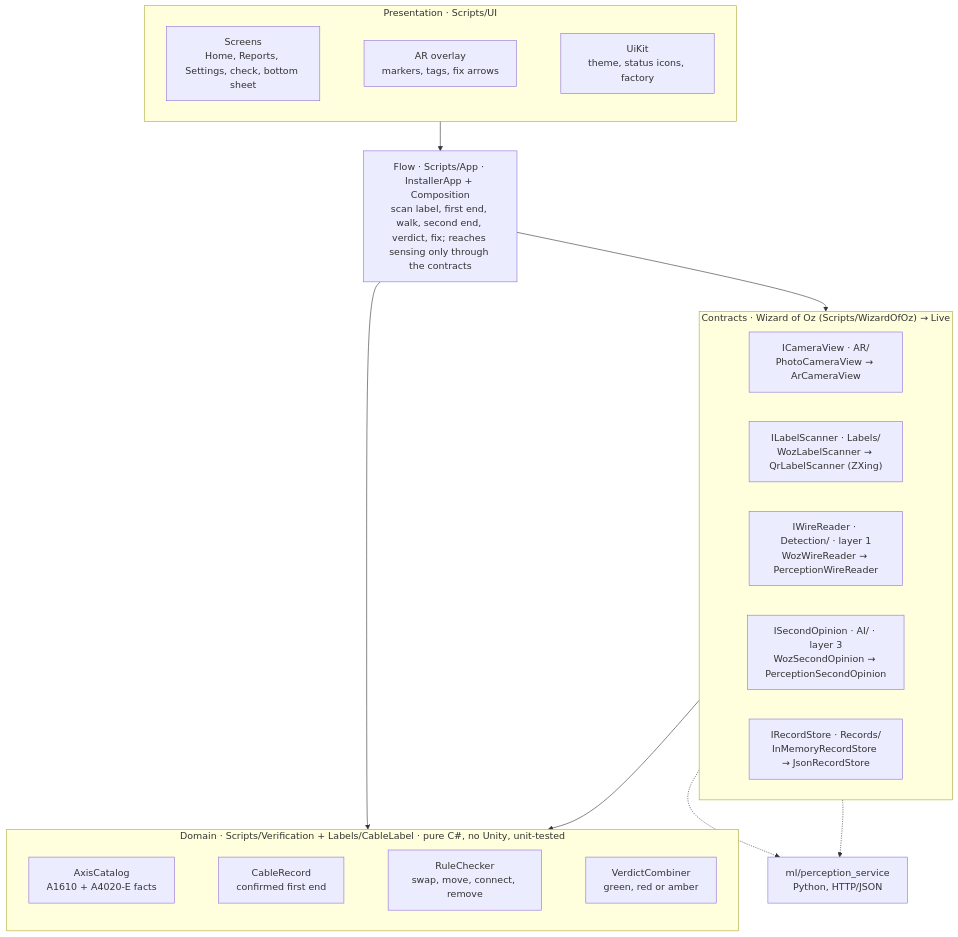
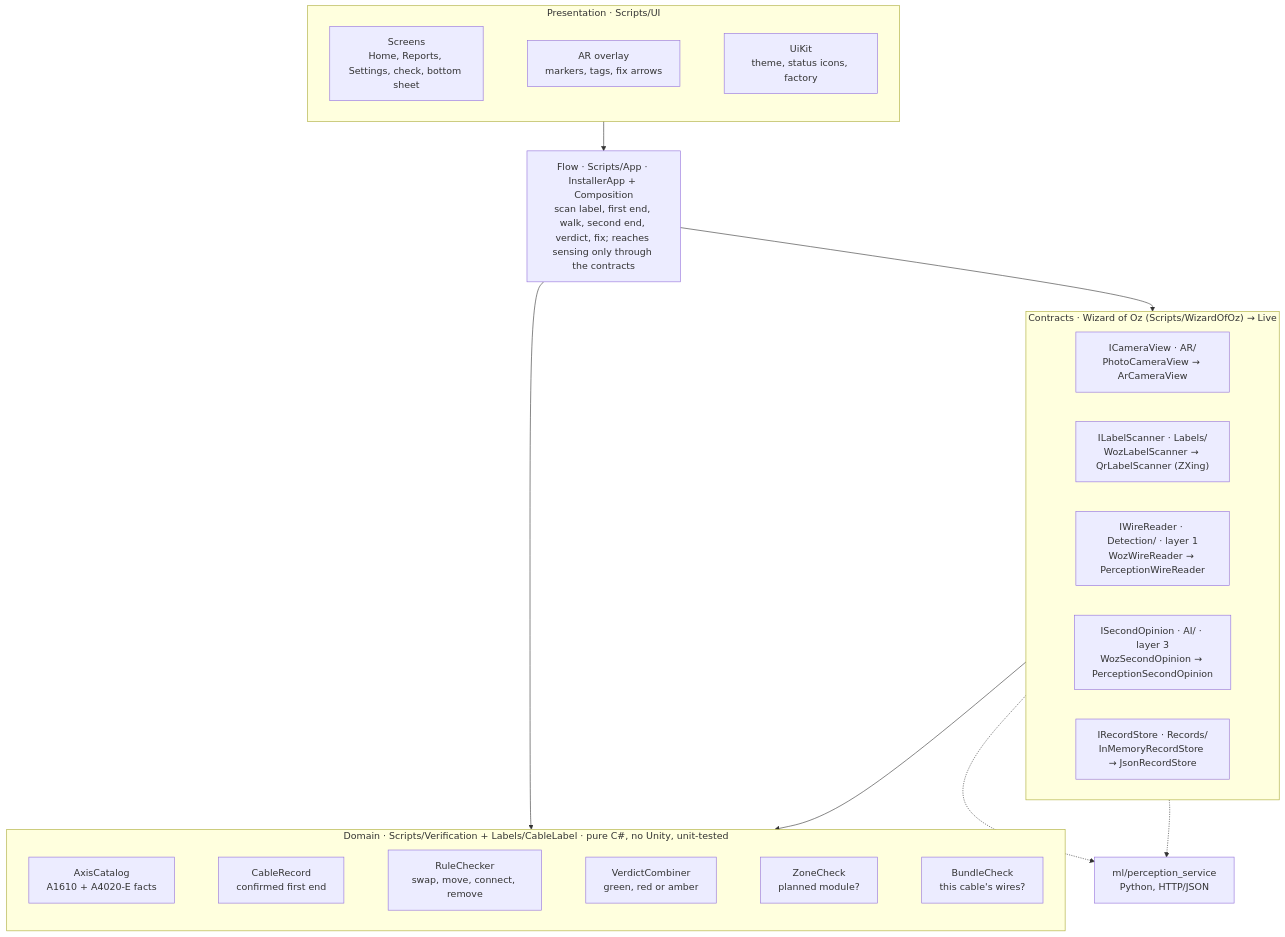
The second of 2 diagrams in docs/design-rationale.md (fury471/installer-assistant), drawn with Mermaid before and after one commit. The commit also changed other lines of this file and 46 other files, not shown here.

First line of the commit message:
Labels carry the cable's plan; zone and other-cable checks

````diff
--- a/docs/design-rationale.md
+++ b/docs/design-rationale.md
@@ -103,34 +142,36 @@
 ```mermaid
 flowchart TB
     subgraph pres["Presentation · Scripts/UI"]
         direction LR
         P1["Screens<br/>Home, Reports, Settings, check, bottom sheet"]
         P2["AR overlay<br/>markers, tags, fix arrows"]
         P3["UiKit<br/>theme, status icons, factory"]
         P1 ~~~ P2 ~~~ P3
     end
     F["Flow · Scripts/App · InstallerApp + Composition<br/>scan label, first end, walk, second end, verdict, fix; reaches sensing only through the contracts"]
     subgraph svc["Contracts · Wizard of Oz (Scripts/WizardOfOz) → Live"]
         direction LR
         S0["ICameraView · AR/<br/>PhotoCameraView → ArCameraView"]
         S1["ILabelScanner · Labels/<br/>WozLabelScanner → QrLabelScanner (ZXing)"]
         S2["IWireReader · Detection/ · layer 1<br/>WozWireReader → PerceptionWireReader"]
         S3["ISecondOpinion · AI/ · layer 3<br/>WozSecondOpinion → PerceptionSecondOpinion"]
         S4["IRecordStore · Records/<br/>InMemoryRecordStore → JsonRecordStore"]
     end
     ML["ml/perception_service<br/>Python, HTTP/JSON"]
     subgraph dom["Domain · Scripts/Verification + Labels/CableLabel · pure C#, no Unity, unit-tested"]
         direction LR
         D1["AxisCatalog<br/>A1610 + A4020-E facts"]
         D2["CableRecord<br/>confirmed first end"]
         D3["RuleChecker<br/>swap, move, connect, remove"]
         D4["VerdictCombiner<br/>green, red or amber"]
-        D1 ~~~ D2 ~~~ D3 ~~~ D4
+        D5["ZoneCheck<br/>planned module?"]
+        D6["BundleCheck<br/>this cable's wires?"]
+        D1 ~~~ D2 ~~~ D3 ~~~ D4 ~~~ D5 ~~~ D6
     end
     pres --> F
     F --> svc
     F --> dom
     S2 -.-> ML
     S3 -.-> ML
     svc --> dom
 ```
````
